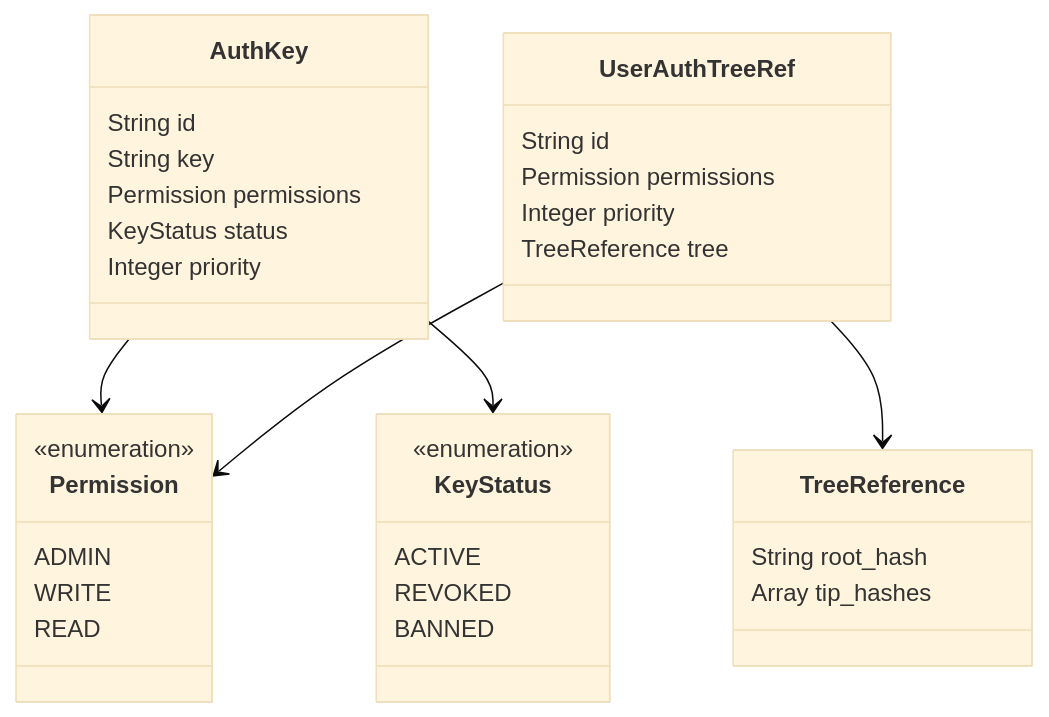
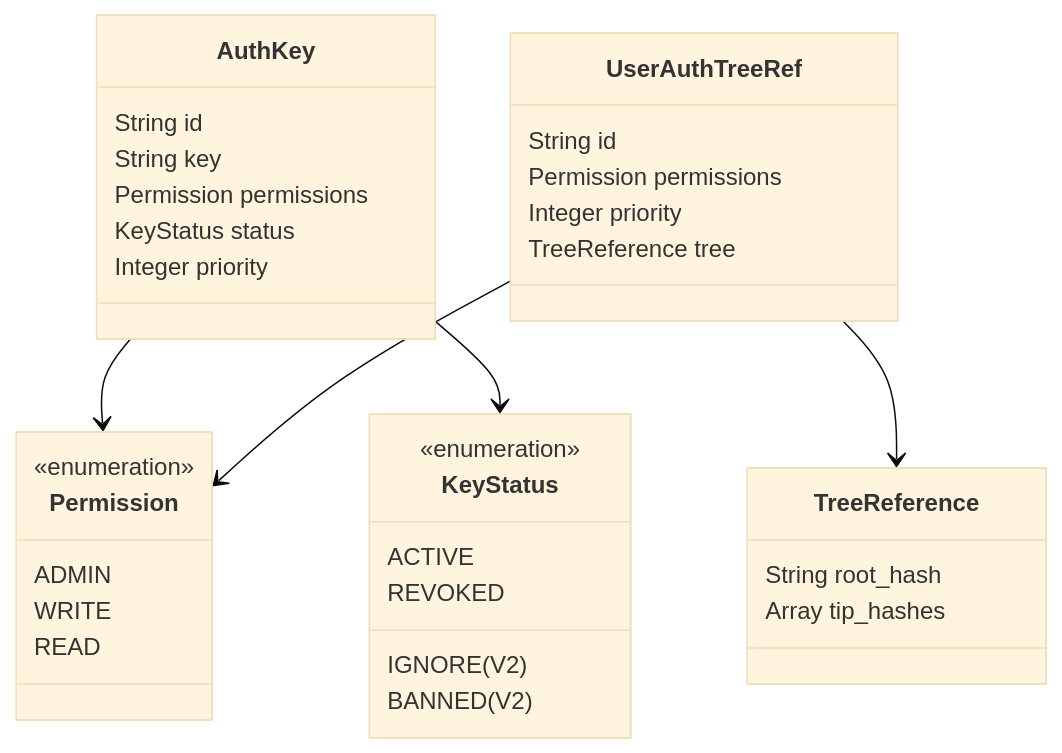
The first of 8 diagrams in docs/src/design/authentication.md (arcuru/eidetica), drawn with Mermaid (base theme) before and after one commit. The commit also changed other lines of this file, not shown here.

````diff
--- a/docs/src/design/authentication.md
+++ b/docs/src/design/authentication.md
@@ -110,41 +109,42 @@
 ```mermaid
 classDiagram
     class AuthKey {
         String id
         String key
         Permission permissions
         KeyStatus status
         Integer priority
     }
 
     class UserAuthTreeRef {
         String id
         Permission permissions
         Integer priority
         TreeReference tree
     }
 
     class TreeReference {
         String root_hash
         Array tip_hashes
     }
 
     class Permission {
         <<enumeration>>
         ADMIN
         WRITE
         READ
     }
 
     class KeyStatus {
         <<enumeration>>
         ACTIVE
         REVOKED
-        BANNED
+        IGNORE (V2)
+        BANNED (V2)
     }
 
     AuthKey --> Permission
     AuthKey --> KeyStatus
     UserAuthTreeRef --> Permission
     UserAuthTreeRef --> TreeReference
 ```
````
